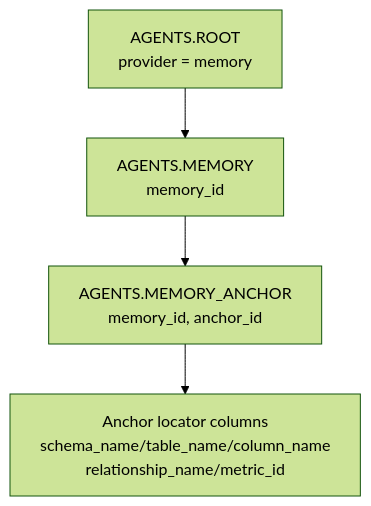
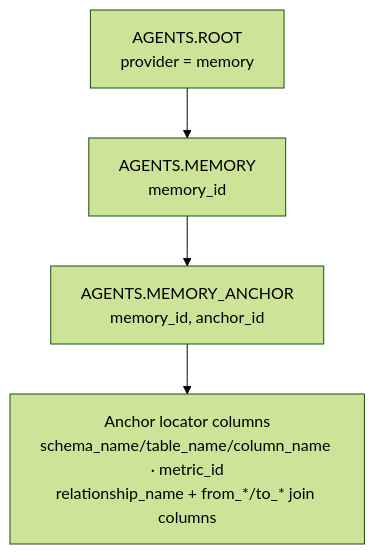
The diagram in SPEC.md (dbt-labs/agents_schema), drawn with Mermaid (forest theme) before and after one commit. The commit also changed other lines of this file and 9 other files, not shown here.

````diff
--- a/SPEC.md
+++ b/SPEC.md
@@ -139,6 +159,6 @@
 ```mermaid
 graph TD
   ROOT["AGENTS.ROOT<br/>provider = memory"] --> MEMORY["AGENTS.MEMORY<br/>memory_id"]
   MEMORY --> ANCHOR["AGENTS.MEMORY_ANCHOR<br/>memory_id, anchor_id"]
-  ANCHOR --> LOCATORS["Anchor locator columns<br/>schema_name/table_name/column_name<br/>relationship_name/metric_id"]
+  ANCHOR --> LOCATORS["Anchor locator columns<br/>schema_name/table_name/column_name · metric_id<br/>relationship_name + from_*/to_* join columns"]
 ```
````
